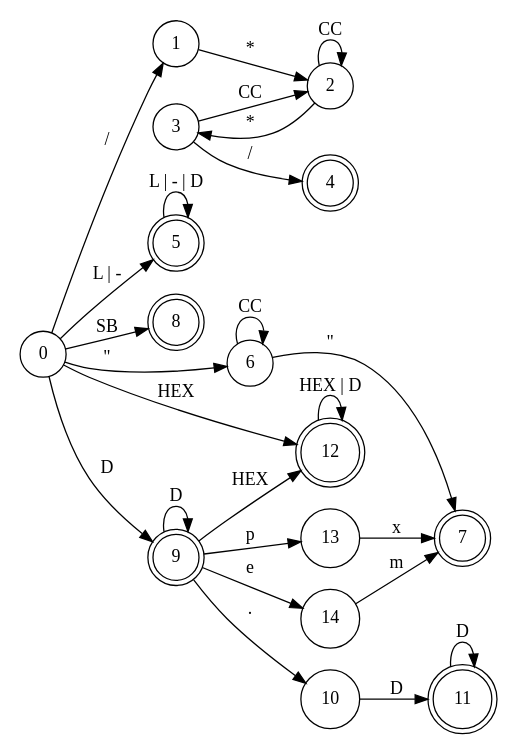
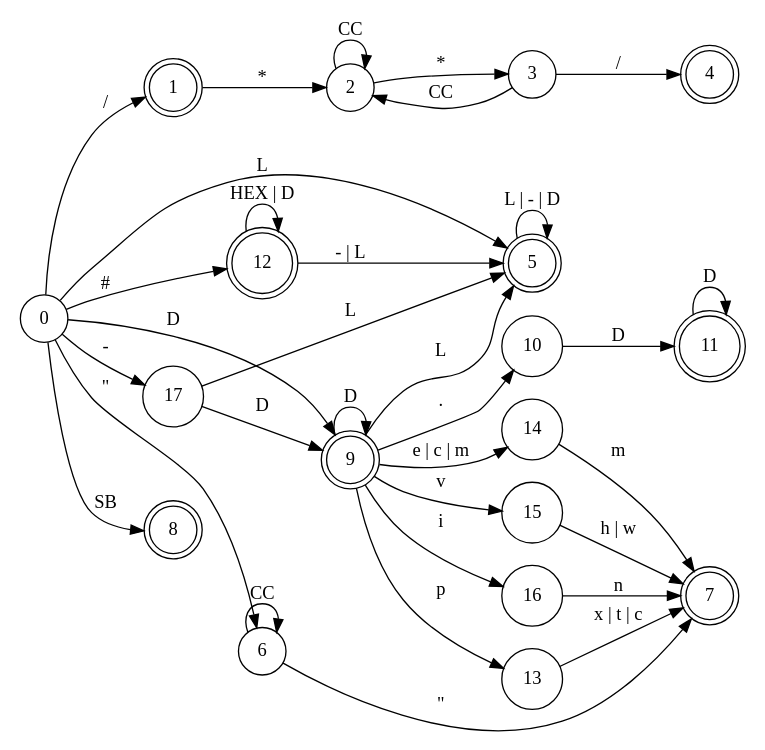
Before and after one commit to pedromf80/OLC1_Proyecto1_201700656: the diagram in automatacss.dot, drawn with Graphviz. The commit also changed 13 other files, not shown here.

```diff
--- a/automatacss.dot
+++ b/automatacss.dot
@@ -1,30 +1,39 @@
 digraph finite_state_machine {
 	rankdir=LR;
 	size="8,5"
-	node [shape = doublecircle]; 4 5 7 8 9 11 12
+	node [shape = doublecircle]; 1 4 5 7 8 9 11 12
 	node [shape = circle];
 	0 -> 1 [ label = "/" ];
 	1 -> 2 [ label = "*" ];
     2 -> 2 [ label = "CC"];
     2 -> 3 [ label = "*"];
     3 -> 2 [ label = "CC"];
     3 -> 4 [ label = "/"];
-    0 -> 5 [ label = "L | -"];
+    0 -> 5 [ label = "L"];
     5 -> 5 [ label = "L | - | D"];
+    12 -> 5 [ label = "- | L"];
+    9 -> 5 [label = "L"]
+    0 -> 17 [ label = "-"];
+    17 -> 9 [ label = "D"];
+    17 -> 5 [ label = "L"];
     0 -> 6 [ label = "\""];
     6 -> 6 [ label = "CC"];
     6 -> 7 [ label = "\""];
     0 -> 8 [ label = "SB"];
     0 -> 9 [ label = "D"];
     9 -> 9 [ label = "D"];
     9 -> 10 [ label = "."];
     10 -> 11 [ label = "D"];
     11 -> 11 [ label = "D"]; 
-    9 -> 12 [ label = "HEX"];
+ //   9 -> 12 [ label = "HEX"];
     12 -> 12 [ label = "HEX | D"];
-    0 -> 12 [ label = "HEX"];
+    0 -> 12 [ label = "#"];
     9 -> 13 [ label = "p"];
-    13 -> 7 [ label = "x"];
-    9 -> 14 [ label = "e"];
+    13 -> 7 [ label = "x | t | c"];
+    9 -> 14 [ label = "e | c | m"];
     14 -> 7 [ label = "m"];
+    9 -> 15 [ label = "v"];
+    15 ->  7 [ label = "h | w"];
+    9 -> 16 [ label = "i"];
+    16 -> 7 [ label = "n"];
 }
```
